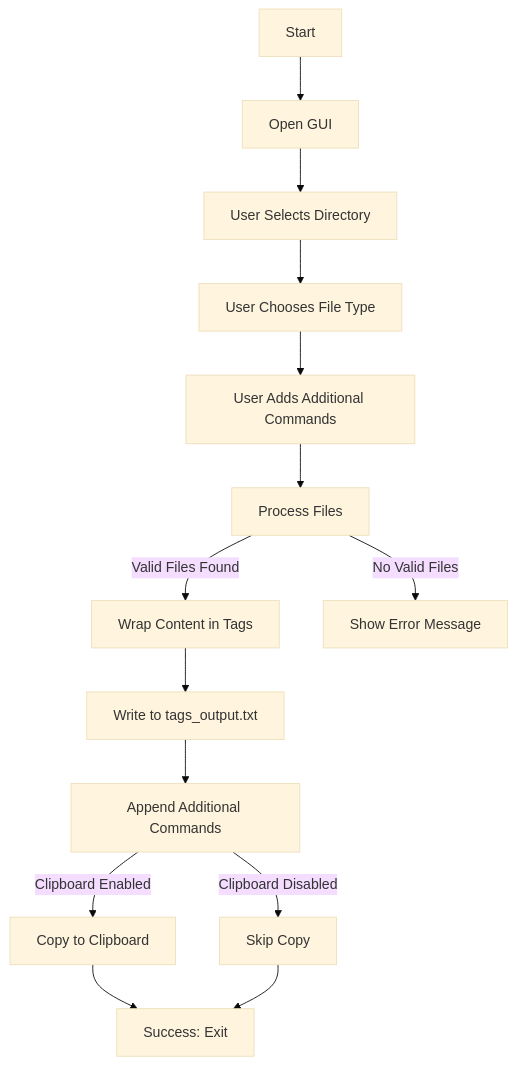
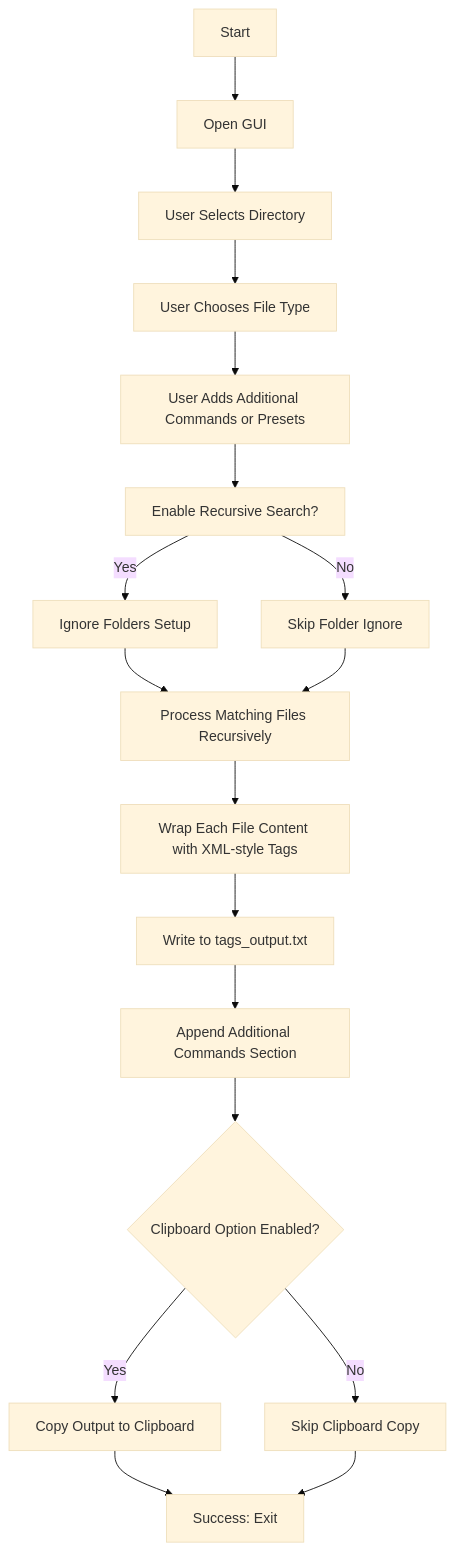
Before and after one commit to multiplex55/code-file-wrapper: the diagram in README.md, drawn with Mermaid (base theme). The commit also changed other lines of this file and 1 other file, not shown here.

````diff
--- a/README.md
+++ b/README.md
@@ -83,16 +89,20 @@
 ```mermaid
 graph TD;
     A[Start] --> B[Open GUI]
     B --> C[User Selects Directory]
     C --> D[User Chooses File Type]
-    D --> E[User Adds Additional Commands]
-    E --> F[Process Files]
-    F -->|Valid Files Found| G[Wrap Content in Tags]
-    F -->|No Valid Files| H[Show Error Message]
-    G --> I[Write to tags_output.txt]
-    I --> J[Append Additional Commands]
-    J -->|Clipboard Enabled| K[Copy to Clipboard]
-    J -->|Clipboard Disabled| L[Skip Copy]
-    K --> M[Success: Exit]
-    L --> M
+    D --> E[User Adds Additional Commands or Presets]
+    E --> F[Enable Recursive Search?]
+    F -->|Yes| G[Ignore Folders Setup]
+    F -->|No| H[Skip Folder Ignore]
+    G --> I[Process Matching Files Recursively]
+    H --> I
+    I --> J[Wrap Each File Content with XML-style Tags]
+    J --> K[Write to tags_output.txt]
+    K --> L[Append Additional Commands Section]
+    L --> M{Clipboard Option Enabled?}
+    M -->|Yes| N[Copy Output to Clipboard]
+    M -->|No| O[Skip Clipboard Copy]
+    N --> P[Success: Exit]
+    O --> P
 ```
````
